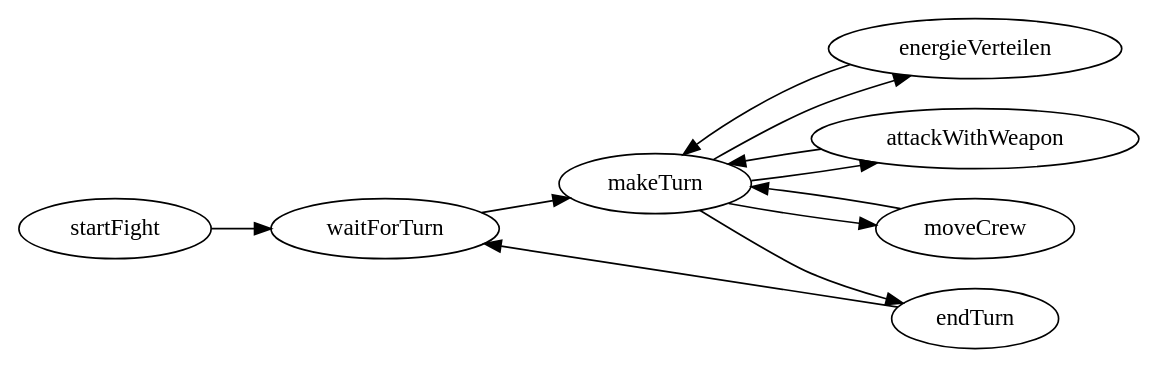
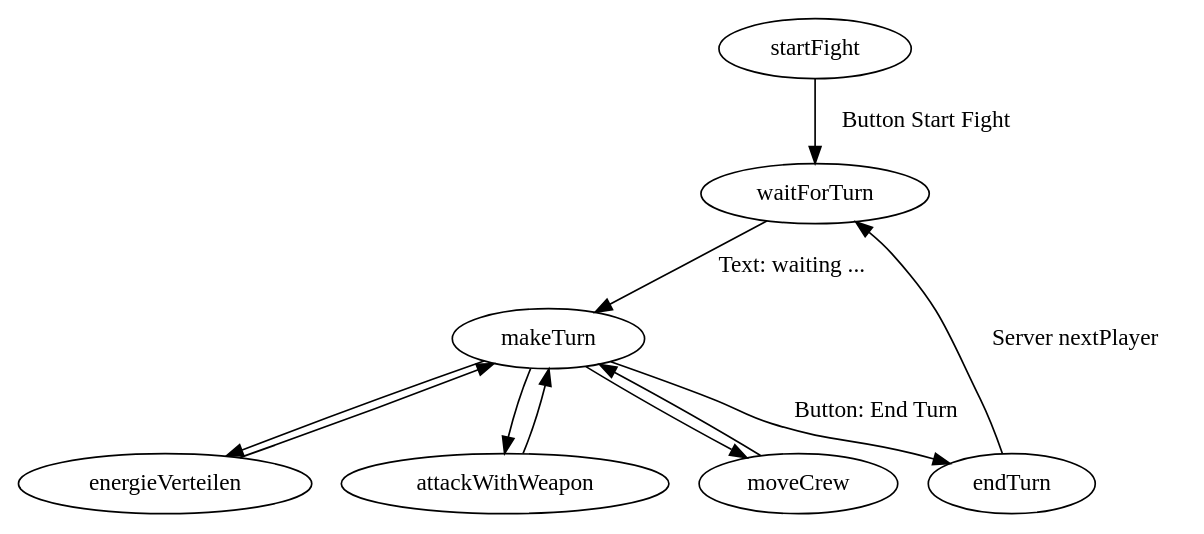
One commit to ksreyr/SpaceStudio changed the seventh of 7 diagrams in docs/Multiplayer.org. Above: the diagram before and after it, drawn with Graphviz. The commit also changed 10 other files, not shown here.

```diff
--- a/docs/Multiplayer.org
+++ b/docs/Multiplayer.org
@@ -193,13 +193,11 @@
 #+BEGIN_SRC dot :file kampfRunde.png
-
 digraph automaton {
-
-rankdir=LR
-startFight -> waitForTurn -> makeTurn -> {energieVerteilen, attackWithWeapon, moveCrew} -> makeTurn -> endTurn
-
-endTurn -> waitForTurn
-
-
-}
+#rankdir=LR
+startFight -> waitForTurn [label="Button Start Fight"]
+           waitForTurn -> makeTurn [label="Text: waiting ..."]
+           makeTurn ->{energieVerteilen, attackWithWeapon, moveCrew} -> makeTurn
+           makeTurn -> endTurn [label="Button: End Turn"]
+           endTurn -> waitForTurn [label="Server nextPlayer"]
+           }
 
 #+END_SRC
```
